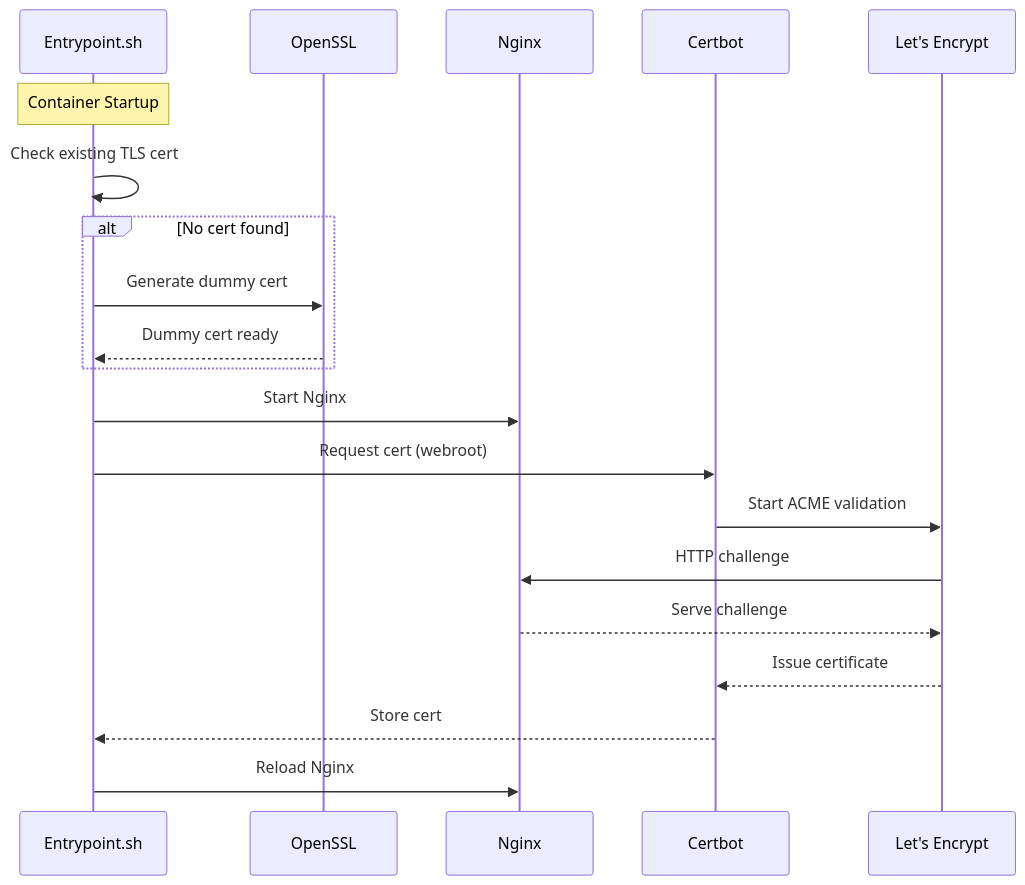
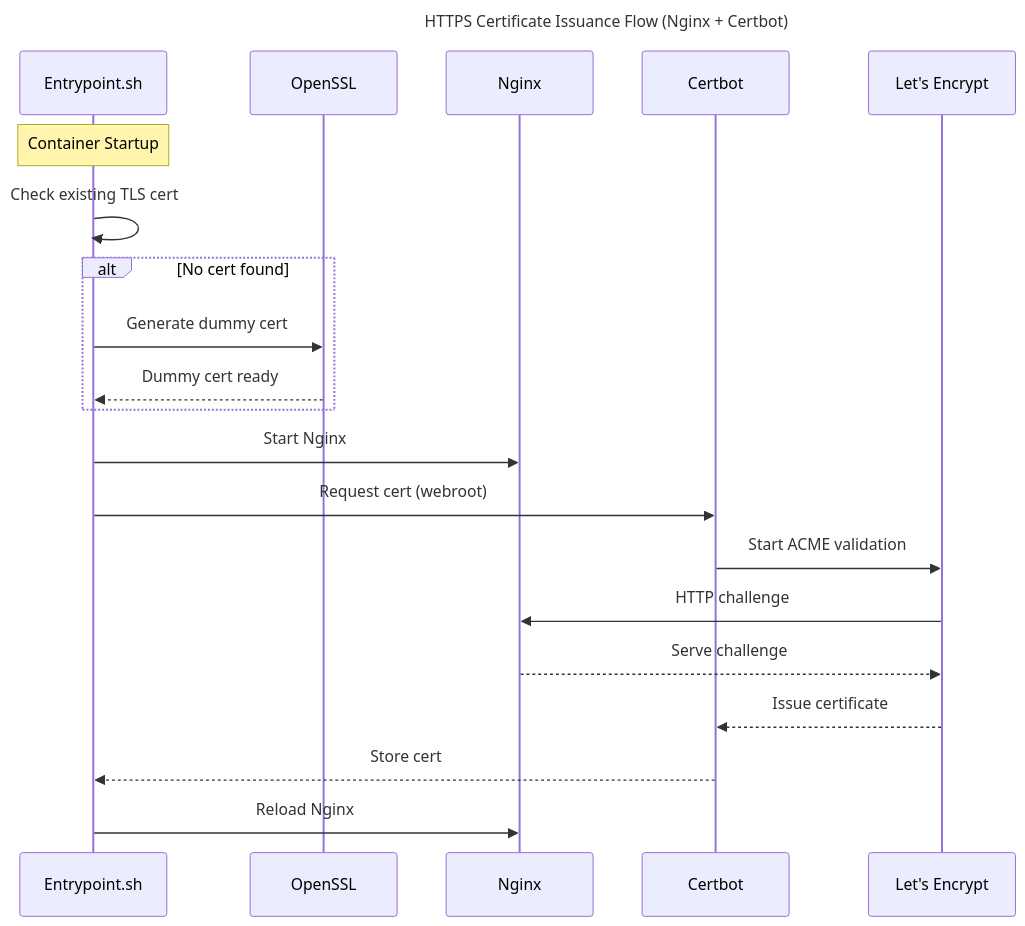
One commit to Cotidie/https-ready-nginx-docker changed the diagram in README.md. Above: the diagram before and after it, drawn with Mermaid.

Commit message:
docs: adds title to mermaid

````diff
--- a/README.md
+++ b/README.md
@@ -7,30 +7,32 @@
 ```mermaid
 sequenceDiagram
+    title HTTPS Certificate Issuance Flow (Nginx + Certbot)
+
     participant Script as Entrypoint.sh
     participant OpenSSL
     participant Nginx
     participant Certbot
     participant LE as Let's Encrypt
 
     Note over Script: Container Startup
 
     Script->>Script: Check existing TLS cert
 
     alt No cert found
         Script->>OpenSSL: Generate dummy cert
         OpenSSL-->>Script: Dummy cert ready
     end
 
     Script->>Nginx: Start Nginx
 
     Script->>Certbot: Request cert (webroot)
     Certbot->>LE: Start ACME validation
 
     LE->>Nginx: HTTP challenge
     Nginx-->>LE: Serve challenge
 
     LE-->>Certbot: Issue certificate
     Certbot-->>Script: Store cert
 
     Script->>Nginx: Reload Nginx
 ```
````
